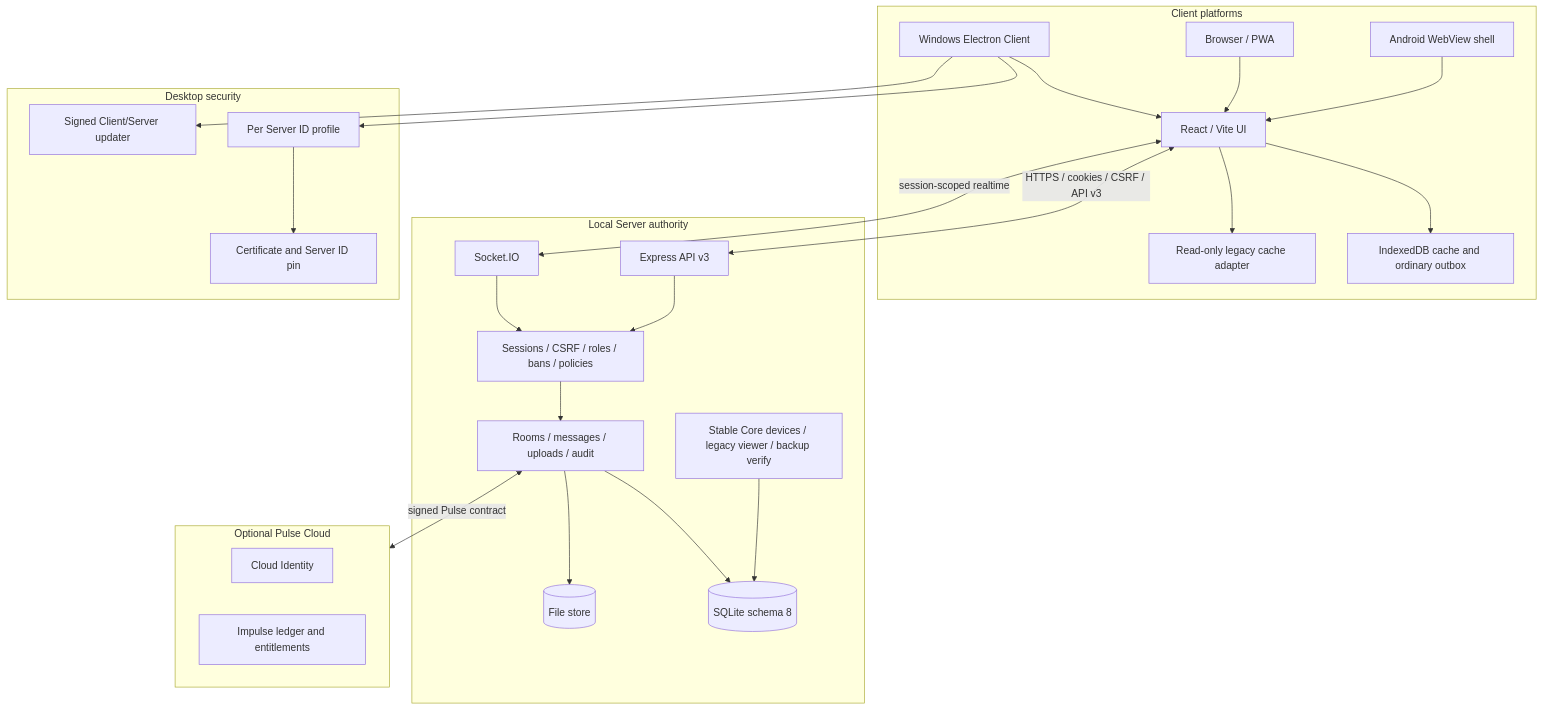
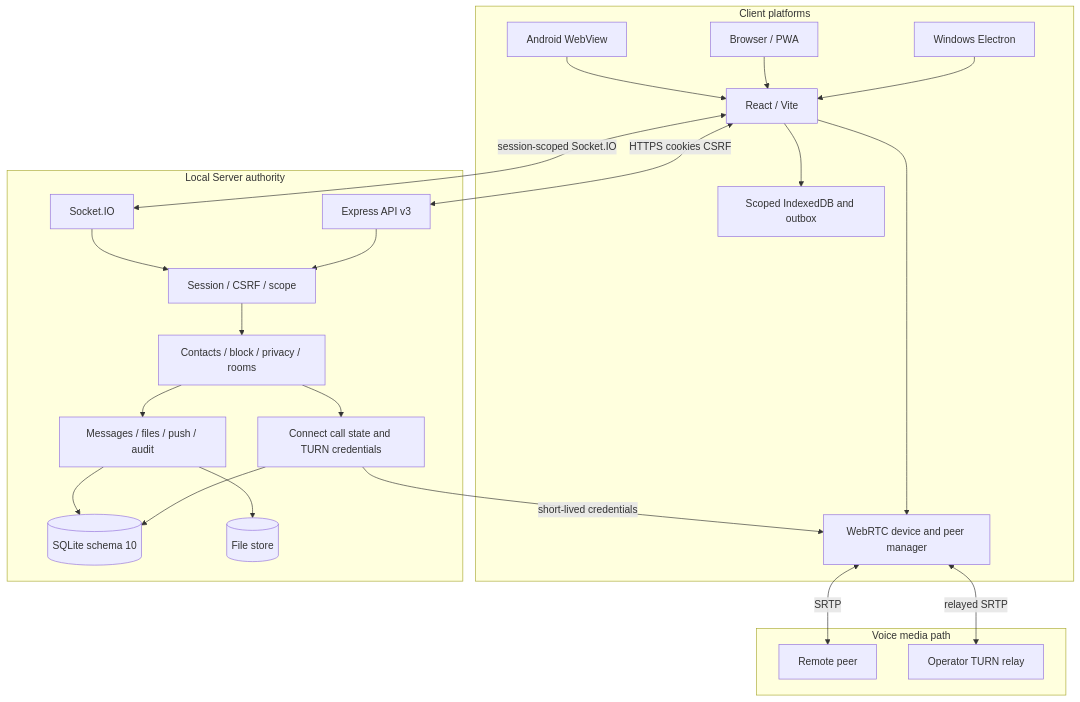
Before and after one commit to Onmaynec/Nexora: the diagram in docs/ARCHITECTURE.md, drawn with Mermaid. The commit also changed other lines of this file, not shown here.

Commit message:
docs(connect): document schema 10 and call authority architecture

````diff
--- a/docs/ARCHITECTURE.md
+++ b/docs/ARCHITECTURE.md
@@ -16,48 +18,45 @@
 ```mermaid
 flowchart TB
   subgraph Platforms[Client platforms]
-    WIN[Windows Electron Client]
+    WIN[Windows Electron]
     PWA[Browser / PWA]
-    AND[Android WebView shell]
-    UI[React / Vite UI]
-    CACHE[IndexedDB cache and ordinary outbox]
-    LEGACY[Read-only legacy cache adapter]
+    AND[Android WebView]
+    UI[React / Vite]
+    CACHE[Scoped IndexedDB and outbox]
+    MEDIA[WebRTC device and peer manager]
     WIN --> UI
     PWA --> UI
     AND --> UI
     UI --> CACHE
-    UI --> LEGACY
+    UI --> MEDIA
   end
 
-  subgraph Server[Local Server authority]
+  subgraph Local[Local Server authority]
     API[Express API v3]
     RT[Socket.IO]
-    AUTH[Sessions / CSRF / roles / bans / policies]
-    CORE[Rooms / messages / uploads / audit]
-    STABLE[Stable Core devices / legacy viewer / backup verify]
-    DB[(SQLite schema 8)]
+    AUTH[Session / CSRF / scope]
+    POLICY[Contacts / block / privacy / rooms]
+    CALLS[Connect call state and TURN credentials]
+    CORE[Messages / files / push / audit]
+    DB[(SQLite schema 10)]
     FILES[(File store)]
-    API --> AUTH --> CORE
+    API --> AUTH --> POLICY
     RT --> AUTH
+    POLICY --> CALLS
+    POLICY --> CORE
+    CALLS --> DB
     CORE --> DB
     CORE --> FILES
-    STABLE --> DB
   end
 
-  subgraph Desktop[Desktop security]
-    PROFILE[Per Server ID profile]
-    PIN[Certificate and Server ID pin]
-    UPDATE[Signed Client/Server updater]
+  subgraph MediaPath[Voice media path]
+    PEER[Remote peer]
+    TURN[Operator TURN relay]
   end
 
-  subgraph Cloud[Optional Pulse Cloud]
-    ID[Cloud Identity]
-    LEDGER[Impulse ledger and entitlements]
-  end
-
-  UI <-->|HTTPS / cookies / CSRF / API v3| API
-  UI <-->|session-scoped realtime| RT
-  WIN --> PROFILE --> PIN
-  WIN --> UPDATE
-  CORE <-->|signed Pulse contract| Cloud
+  UI <-->|HTTPS cookies CSRF| API
+  UI <-->|session-scoped Socket.IO| RT
+  MEDIA <-->|SRTP| PEER
+  MEDIA <-->|relayed SRTP| TURN
+  CALLS -->|short-lived credentials| MEDIA
 ```
````
